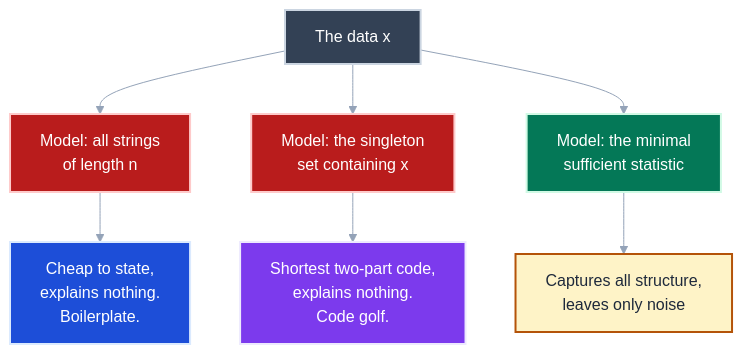
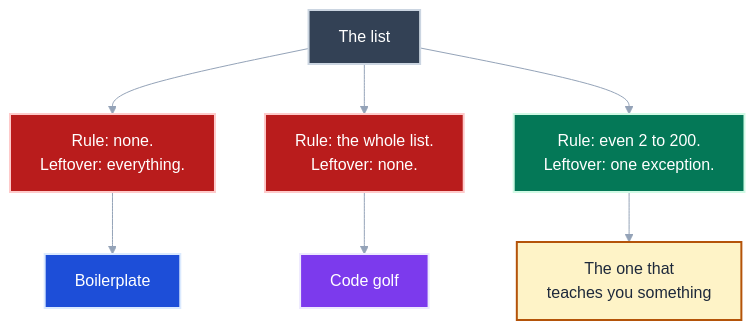
Before and after one commit to neozenith/pytest-xharness-eval: the sixth of 6 diagrams in docs/plans/maintainability/description-length.md, drawn with Mermaid. The commit also changed other lines of this file and 5 other files, not shown here.

````diff
--- a/docs/plans/maintainability/description-length.md
+++ b/docs/plans/maintainability/description-length.md
@@ -175,17 +388,17 @@
 ```mermaid
 %%{init: {"theme":"base","flowchart":{"htmlLabels":false},"themeVariables":{"primaryTextColor":"#1e293b","textColor":"#1e293b","lineColor":"#94a3b8","edgeLabelBackground":"#f1f5f9"}}}%%
 flowchart TB
-    X["The data x"]:::formal --> S1["Model: all strings<br/>of length n"]:::warning
-    X --> S2["Model: the singleton<br/>set containing x"]:::warning
-    X --> S3["Model: the minimal<br/>sufficient statistic"]:::code
-    S1 --> R1["Cheap to state,<br/>explains nothing.<br/>Boilerplate."]:::residual
-    S2 --> R2["Shortest two-part code,<br/>explains nothing.<br/>Code golf."]:::model
-    S3 --> R3["Captures all structure,<br/>leaves only noise"]:::total
+    X["The list"]:::formal --> A["Rule: none.<br/>Leftover: everything."]:::warning
+    X --> B["Rule: the whole list.<br/>Leftover: none."]:::warning
+    X --> C["Rule: even 2 to 200.<br/>Leftover: one exception."]:::good
+    A --> A2["Boilerplate"]:::leftover
+    B --> B2["Code golf"]:::rule
+    C --> C2["The one that<br/>teaches you something"]:::total
 
-    classDef model fill:#7c3aed,stroke:#ede9fe,color:#ffffff,stroke-width:2px
-    classDef residual fill:#1d4ed8,stroke:#dbeafe,color:#ffffff,stroke-width:2px
+    classDef rule fill:#7c3aed,stroke:#ede9fe,color:#ffffff,stroke-width:2px
+    classDef leftover fill:#1d4ed8,stroke:#dbeafe,color:#ffffff,stroke-width:2px
     classDef total fill:#fef3c7,stroke:#b45309,color:#1e293b,stroke-width:2px
     classDef formal fill:#334155,stroke:#cbd5e1,color:#ffffff,stroke-width:2px
-    classDef code fill:#047857,stroke:#d1fae5,color:#ffffff,stroke-width:2px
+    classDef good fill:#047857,stroke:#d1fae5,color:#ffffff,stroke-width:2px
     classDef warning fill:#b91c1c,stroke:#fecaca,color:#ffffff,stroke-width:2px
 ```
````
